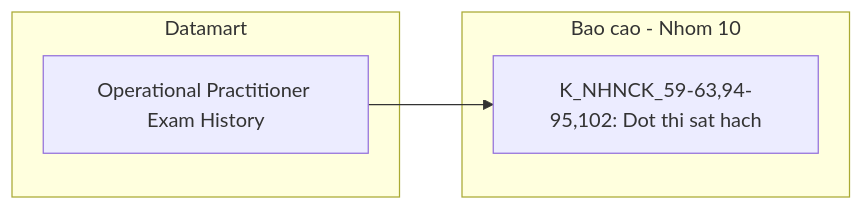
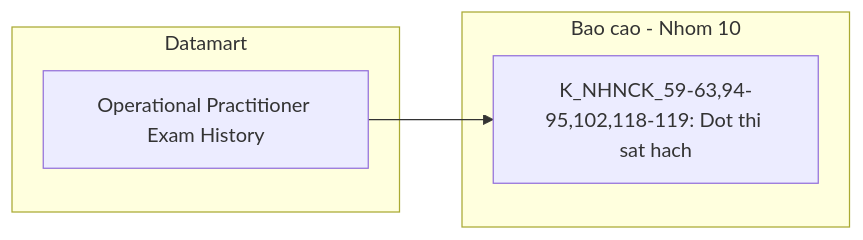
Before and after one commit to linhlvit/ubck_atomic_design: diagram 33 of 40 in Datamart/hld/DTM_NHNCK_HLD.md, drawn with Mermaid. The commit also changed other lines of this file and 6 other files, not shown here.

````diff
--- a/Datamart/hld/DTM_NHNCK_HLD.md
+++ b/Datamart/hld/DTM_NHNCK_HLD.md
@@ -1374,10 +1382,10 @@
 ```mermaid
 flowchart LR
     subgraph Datamart["Datamart"]
         G1["Operational Practitioner Exam History"]
     end
     subgraph RPT["Bao cao - Nhom 10"]
-        R1["K_NHNCK_59-63,94-95,102: Dot thi sat hach"]
+        R1["K_NHNCK_59-63,94-95,102,118-119: Dot thi sat hach"]
     end
     G1 --> R1
 ```
````
